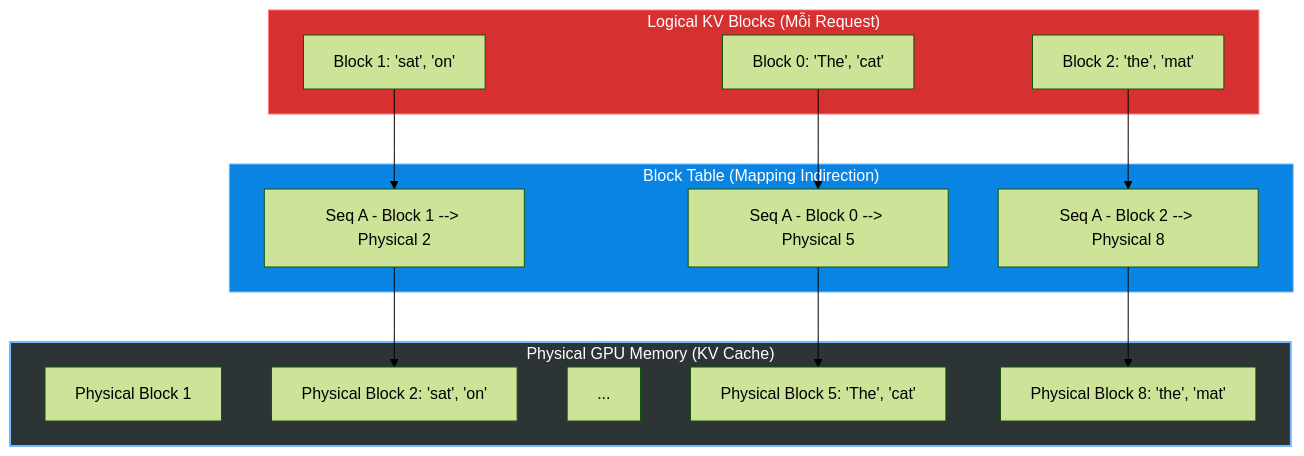
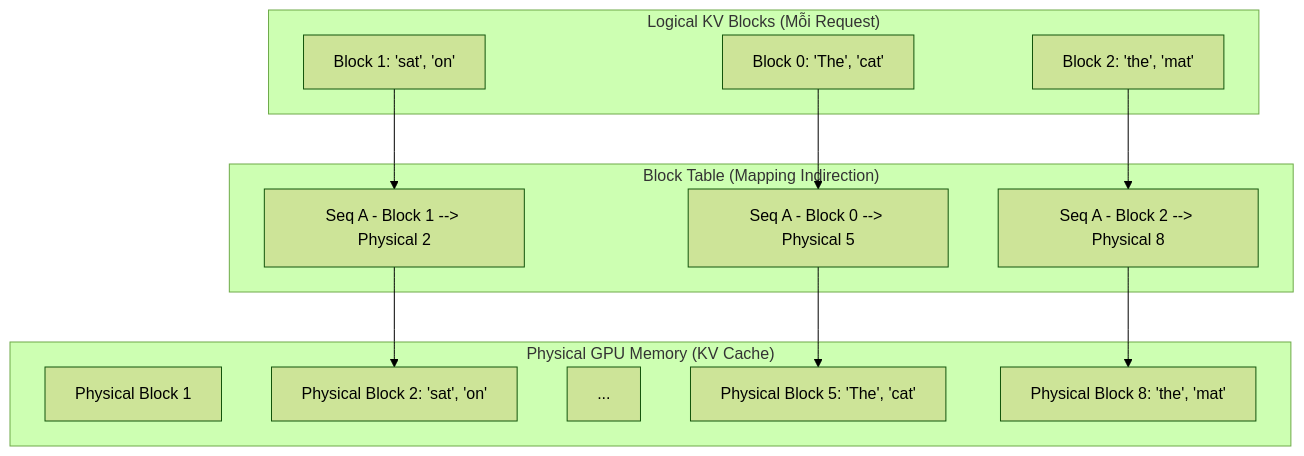
One commit to kythuatdulieu/kythuatdulieu.github.io changed the diagram in src/content/docs/concepts/9-genai-machine-learning/llm.md. Above: the diagram before and after it, drawn with Mermaid (forest theme). The commit also changed other lines of this file and 682 other files, not shown here.

````diff
--- a/src/content/docs/concepts/9-genai-machine-learning/llm.md
+++ b/src/content/docs/concepts/9-genai-machine-learning/llm.md
@@ -47,34 +48,33 @@
 ```mermaid
 flowchart TD
     subgraph Logical["Logical KV Blocks (Mỗi Request)"]
         L1["Block 0: 'The', 'cat'"]
         L2["Block 1: 'sat', 'on'"]
         L3["Block 2: 'the', 'mat'"]
     end
 
     subgraph BlockTable["Block Table (Mapping Indirection)"]
         T1["Seq A - Block 0 --> Physical 5"]
         T2["Seq A - Block 1 --> Physical 2"]
         T3["Seq A - Block 2 --> Physical 8"]
     end
 
     subgraph Physical["Physical GPU Memory (KV Cache)"]
         P1["Physical Block 1"]
         P2["Physical Block 2: 'sat', 'on'"]
         P3[...]
         P5["Physical Block 5: 'The', 'cat'"]
         P8["Physical Block 8: 'the', 'mat'"]
     end
 
     L1 --> T1
     L2 --> T2
     L3 --> T3
 
     T1 --> P5
     T2 --> P2
     T3 --> P8
-    
-    style Physical fill:#2d3436,stroke:#74b9ff,stroke-width:2px,color:#fff
-    style BlockTable fill:#0984e3,stroke:#74b9ff,color:#fff
-    style Logical fill:#d63031,stroke:#ff7675,color:#fff
+
+
+
 ```
````
